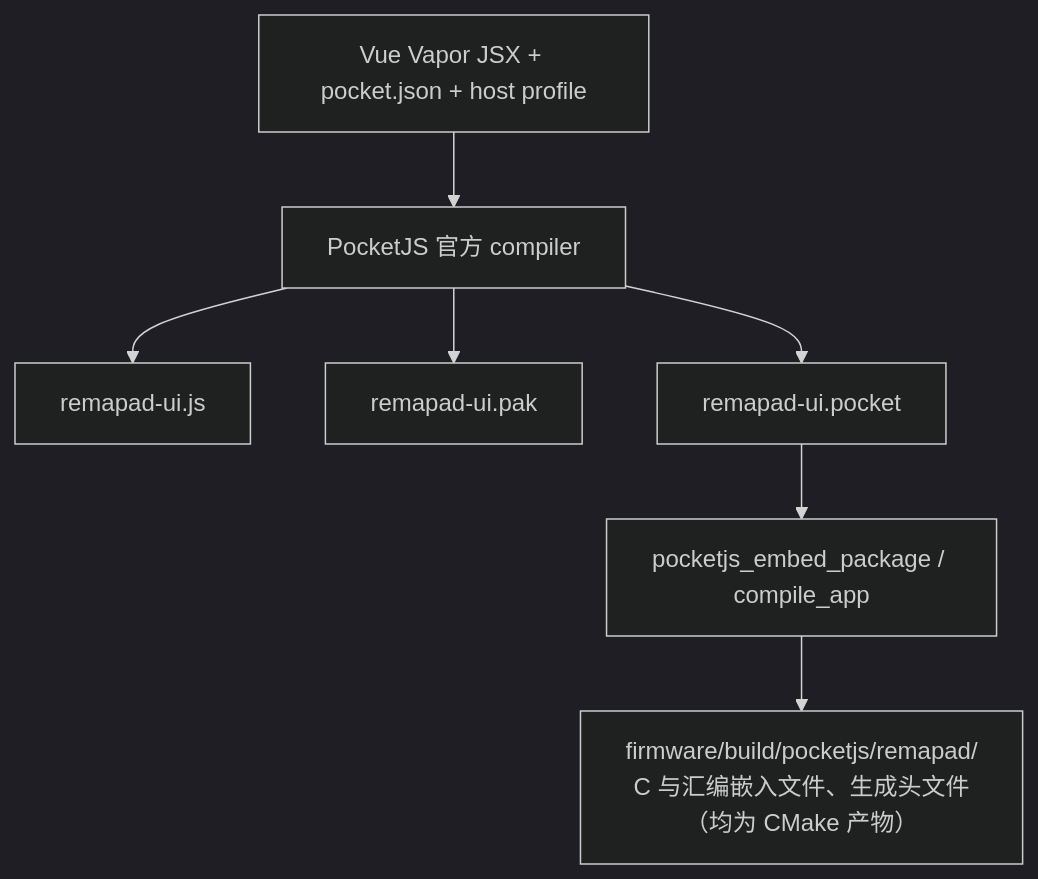
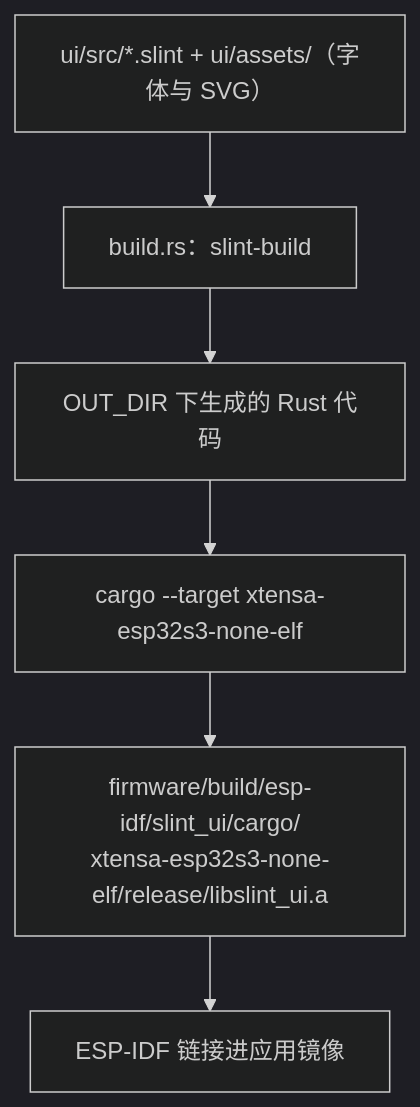
Before and after one commit to slime7/remapad: the eighth of 9 diagrams in docs/ABSTRACTIONS.md, drawn with Mermaid (dark theme). The commit also changed other lines of this file and 196 other files, not shown here.

First line of the commit message:
feat(ui): 屏幕 UI 改用 Slint + Rust，撤掉 PocketJS 运行时与 Node 工具链

````diff
--- a/docs/ABSTRACTIONS.md
+++ b/docs/ABSTRACTIONS.md
@@ -501,17 +481,15 @@
 ```mermaid
 flowchart TB
-    Source["Vue Vapor JSX + pocket.json + host profile"]
-    Compiler["PocketJS 官方 compiler"]
-    JS["remapad-ui.js"]
-    Pak["remapad-ui.pak"]
-    Pocket["remapad-ui.pocket"]
-    Embed["pocketjs_embed_package / compile_app"]
-    Output["firmware/build/pocketjs/remapad/<br/>C 与汇编嵌入文件、生成头文件（均为 CMake 产物）"]
+    Source["ui/src/*.slint + ui/assets/（字体与 SVG）"]
+    Build["build.rs：slint-build"]
+    Generated["OUT_DIR 下生成的 Rust 代码"]
+    Cargo["cargo --target xtensa-esp32s3-none-elf"]
+    Lib["firmware/build/esp-idf/slint_ui/cargo/<br/>xtensa-esp32s3-none-elf/release/libslint_ui.a"]
+    Link["ESP-IDF 链接进应用镜像"]
 
-    Source --> Compiler
-    Compiler --> JS
-    Compiler --> Pak
-    Compiler --> Pocket
-    Pocket --> Embed
-    Embed --> Output
+    Source --> Build
+    Build --> Generated
+    Generated --> Cargo
+    Cargo --> Lib
+    Lib --> Link
 ```
````
